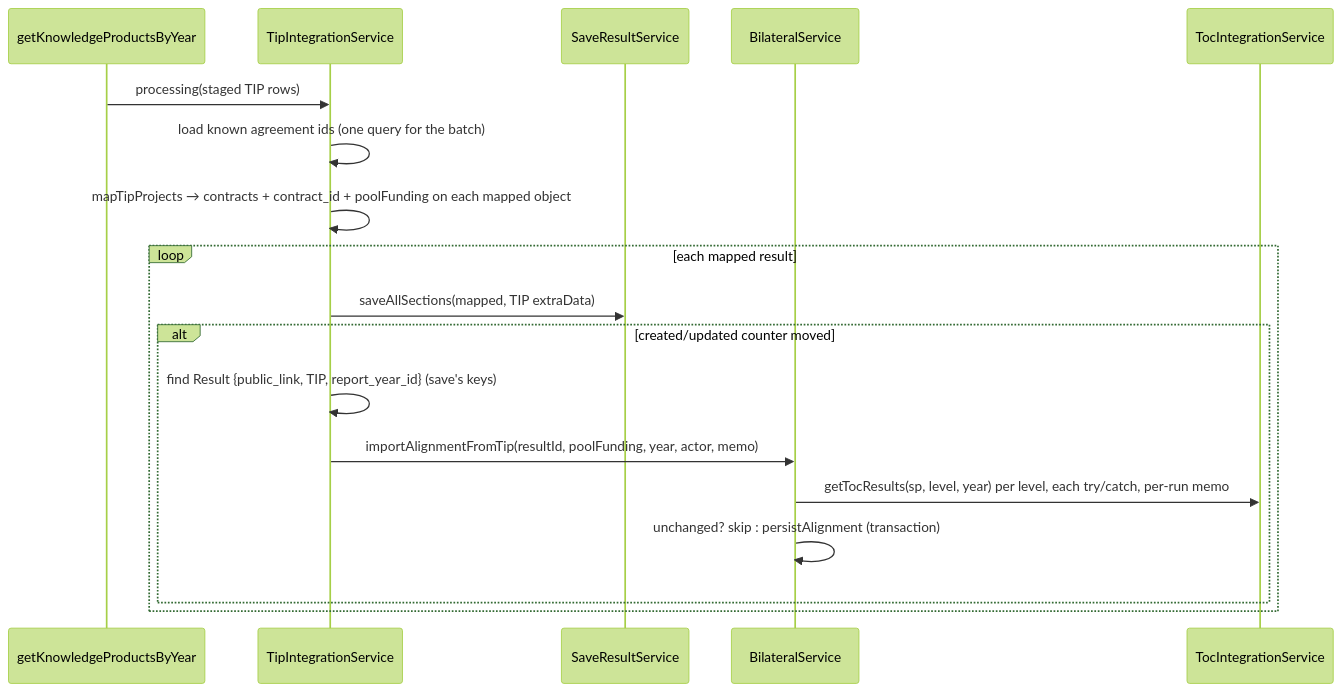
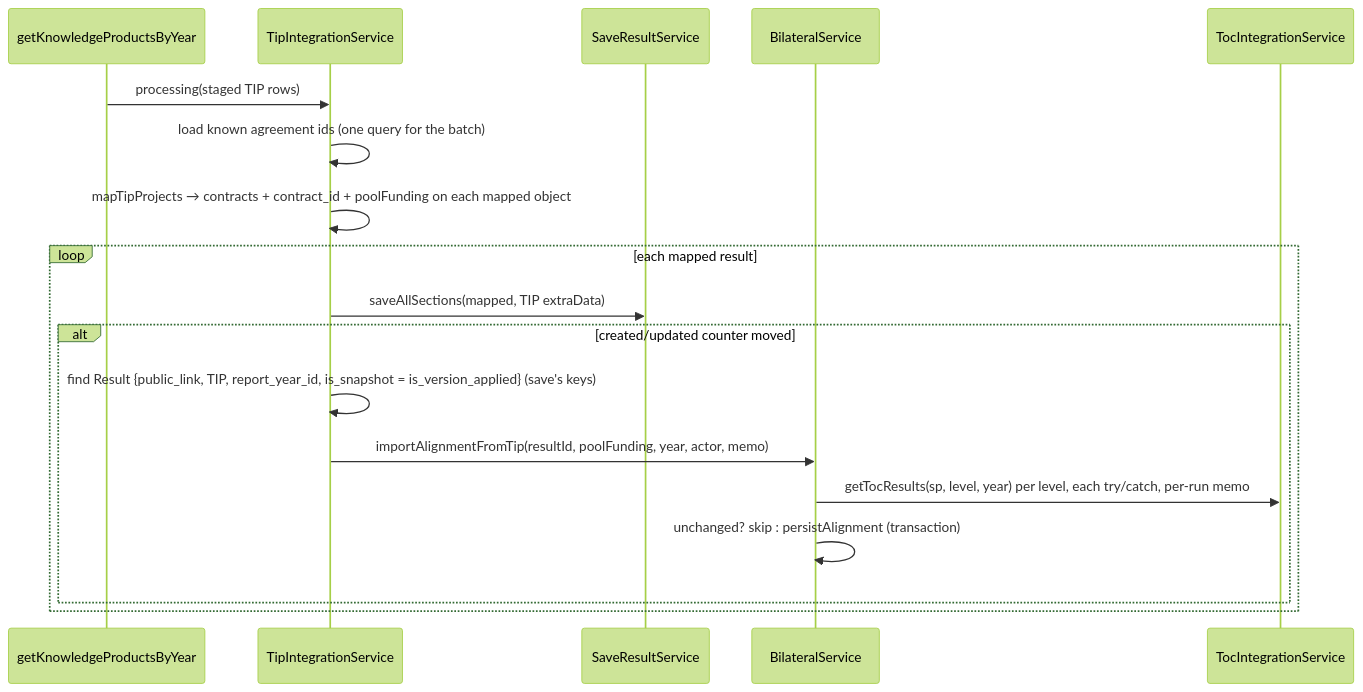
One commit to AllianceBioversityCIAT/alliance-research-indicators-main changed the diagram in docs/specs/changes/tip-kp-project-pool-funding/design.md. Above: the diagram before and after it, drawn with Mermaid (forest theme). The commit also changed other lines of this file and 5 other files, not shown here.

Commit message:
[SPEC:changes/tip-kp-project-pool-funding] feat(tip-integration): save every TIP project and import the primary pool-funding mapping (T-03)

````diff
--- a/docs/specs/changes/tip-kp-project-pool-funding/design.md
+++ b/docs/specs/changes/tip-kp-project-pool-funding/design.md
@@ -42,20 +42,20 @@
 ```mermaid
 sequenceDiagram
   participant Job as getKnowledgeProductsByYear
   participant Tip as TipIntegrationService
   participant Save as SaveResultService
   participant Bil as BilateralService
   participant Toc as TocIntegrationService
   Job->>Tip: processing(staged TIP rows)
   Tip->>Tip: load known agreement ids (one query for the batch)
   Tip->>Tip: mapTipProjects → contracts + contract_id + poolFunding on each mapped object
   loop each mapped result
     Tip->>Save: saveAllSections(mapped, TIP extraData)
     alt created/updated counter moved
-      Tip->>Tip: find Result {public_link, TIP, report_year_id} (save's keys)
+      Tip->>Tip: find Result {public_link, TIP, report_year_id, is_snapshot = is_version_applied} (save's keys)
       Tip->>Bil: importAlignmentFromTip(resultId, poolFunding, year, actor, memo)
       Bil->>Toc: getTocResults(sp, level, year) per level, each try/catch, per-run memo
       Bil->>Bil: unchanged? skip : persistAlignment (transaction)
     end
   end
 ```
````
